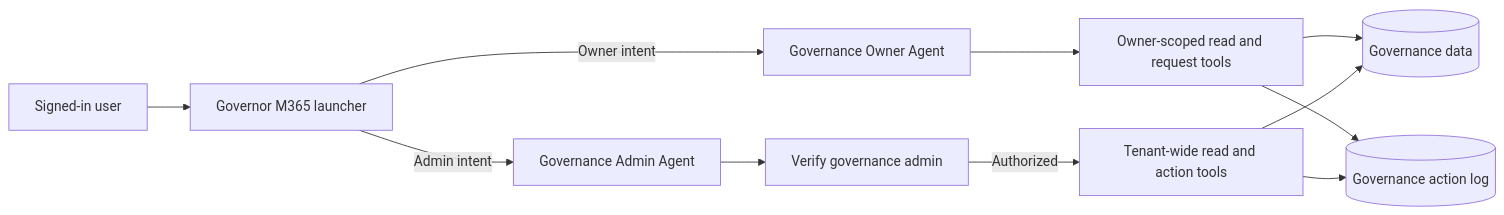
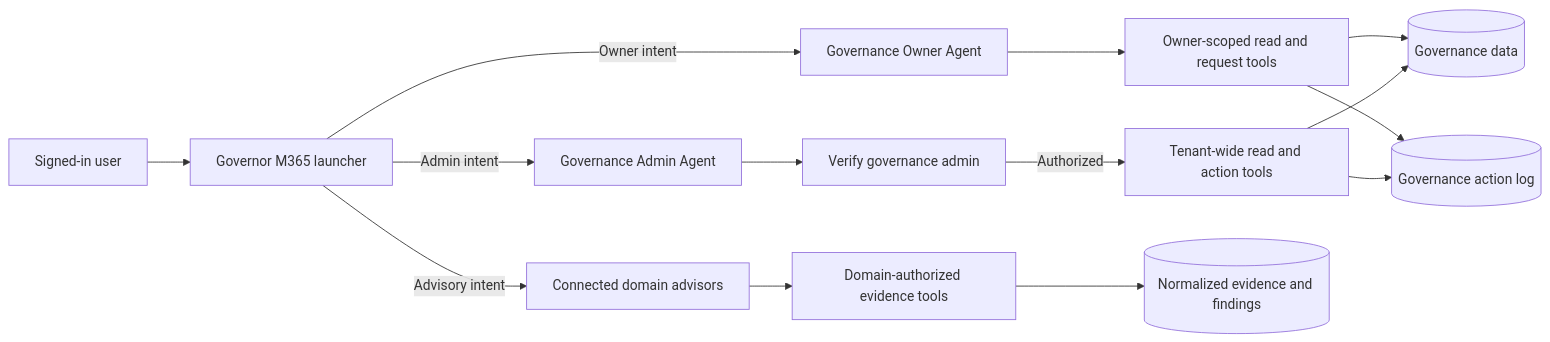
The diagram in docs/architecture.md (sofiane-ben80/M365GovAIAgent), drawn with Mermaid before and after one commit. The commit also changed other lines of this file and 14 other files, not shown here.

First line of the commit message:
docs: publish final agent architecture

````diff
--- a/docs/architecture.md
+++ b/docs/architecture.md
@@ -7,13 +7,16 @@
 ```mermaid
 flowchart LR
     User[Signed-in user] --> Launcher[Governor M365 launcher]
     Launcher -->|Owner intent| Owner[Governance Owner Agent]
     Launcher -->|Admin intent| Admin[Governance Admin Agent]
+    Launcher -->|Advisory intent| Advisors[Connected domain advisors]
     Owner --> OwnerTools[Owner-scoped read and request tools]
     Admin --> Verify[Verify governance admin]
     Verify -->|Authorized| AdminTools[Tenant-wide read and action tools]
+    Advisors --> Broker[Domain-authorized evidence tools]
     OwnerTools --> Data[(Governance data)]
     AdminTools --> Data
+    Broker --> Evidence[(Normalized evidence and findings)]
     OwnerTools --> Audit[(Governance action log)]
     AdminTools --> Audit
 ```
````
